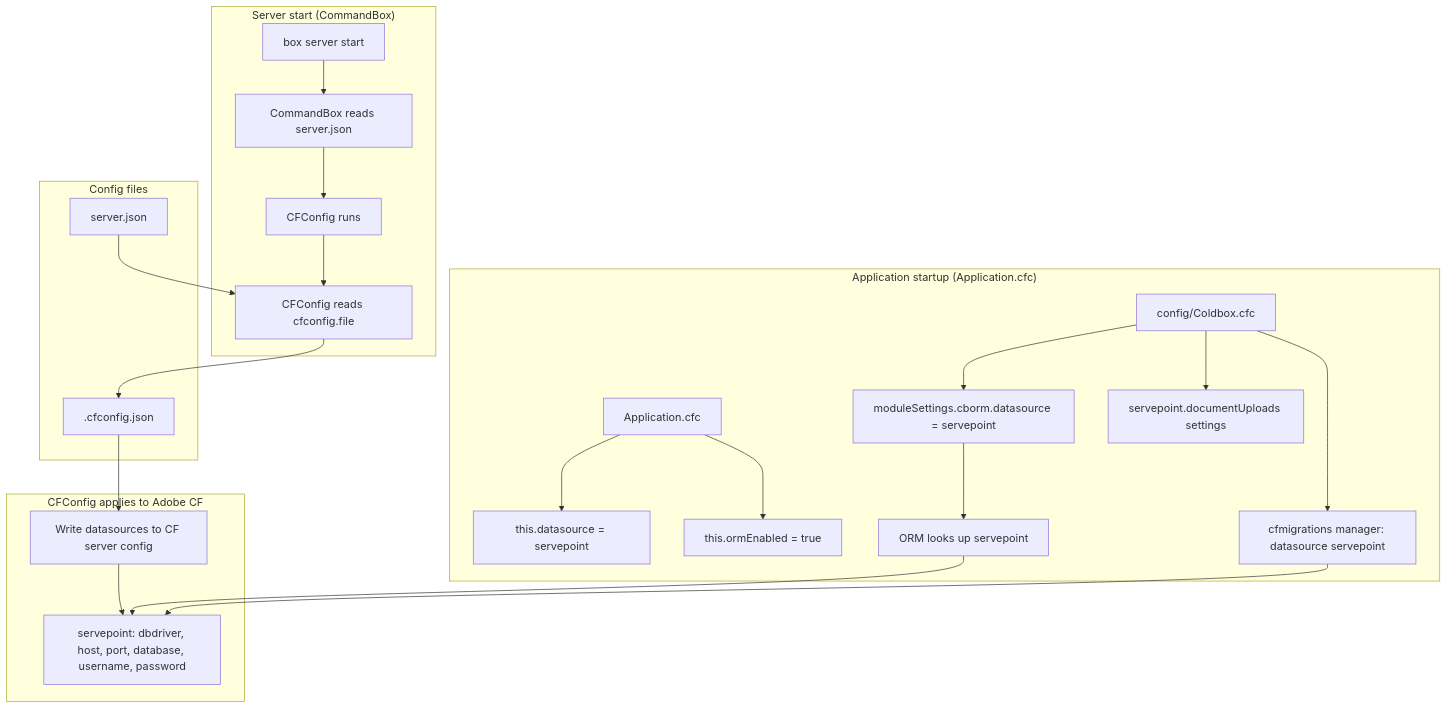
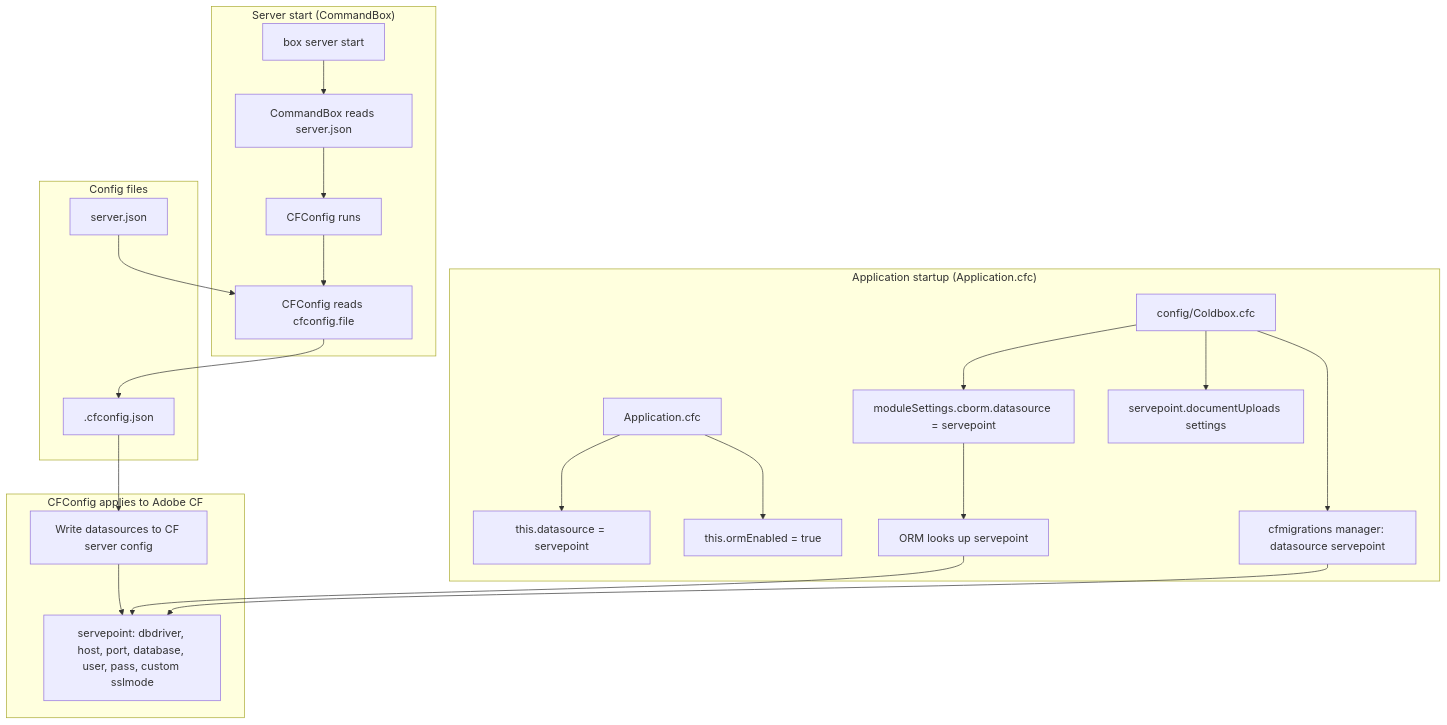
The diagram in design/mermaid/config-and-datasource.md (mattburnett-repo/servepoint), drawn with Mermaid before and after one commit. The commit also changed other lines of this file and 21 other files, not shown here.

````diff
--- a/design/mermaid/config-and-datasource.md
+++ b/design/mermaid/config-and-datasource.md
@@ -5,46 +5,46 @@
 ```mermaid
 flowchart TB
     subgraph ServerStart["Server start (CommandBox)"]
         A[box server start]
         B[CommandBox reads server.json]
         C[CFConfig runs]
         D[CFConfig reads cfconfig.file]
     end
 
     subgraph ConfigFiles["Config files"]
         serverJson[server.json]
         cfconfigJson[.cfconfig.json]
     end
 
     subgraph CFConfigApply["CFConfig applies to Adobe CF"]
         E[Write datasources to CF server config]
-        F[servepoint: dbdriver, host, port, database, username, password]
+        F[servepoint: dbdriver, host, port, database, user, pass, custom sslmode]
     end
 
     subgraph AppLoad["Application startup (Application.cfc)"]
         G[Application.cfc]
         H[this.datasource = servepoint]
         I[this.ormEnabled = true]
         J[ORM looks up servepoint]
         K[config/Coldbox.cfc]
         L[moduleSettings.cborm.datasource = servepoint]
         M[cfmigrations manager: datasource servepoint]
         N[servepoint.documentUploads settings]
     end
 
     A --> B
     B --> C
     C --> D
     serverJson --> D
     D --> cfconfigJson
     cfconfigJson --> E
     E --> F
     G --> H
     G --> I
     J --> F
     K --> L
     K --> M
     K --> N
     L --> J
     M --> F
 ```
````
